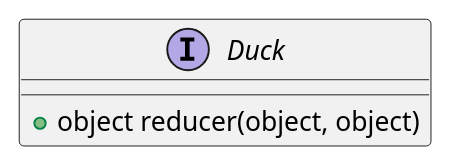
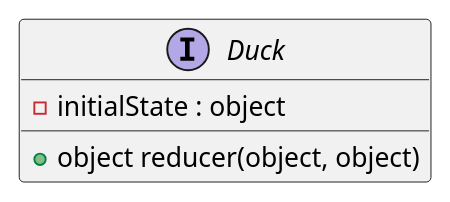
One commit to M9k/Marvin-Uml changed the diagram in redux/interfaces/duck.iuml. Above: the diagram before and after it, drawn with PlantUML. The commit also changed 2 other files, not shown here.

```diff
--- a/redux/interfaces/duck.iuml
+++ b/redux/interfaces/duck.iuml
@@ -1,3 +1,4 @@
 interface Duck{
+  - initialState : object
   + object reducer(object, object)
 }
```
